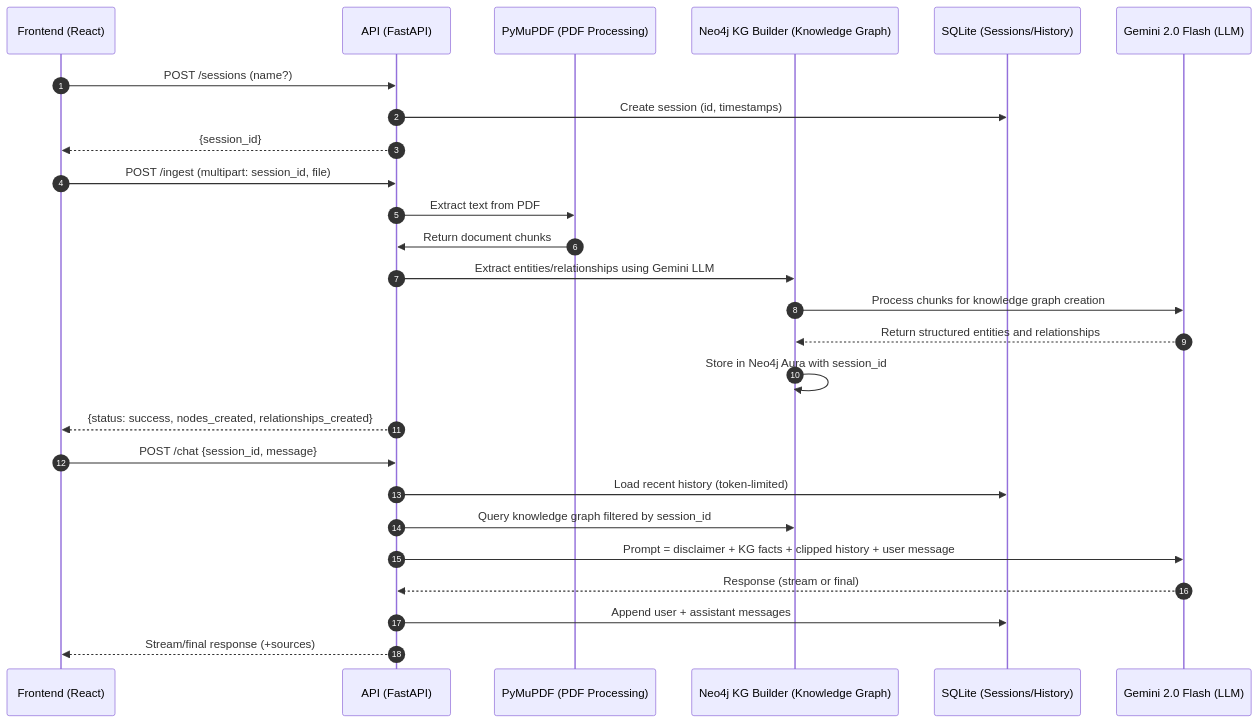
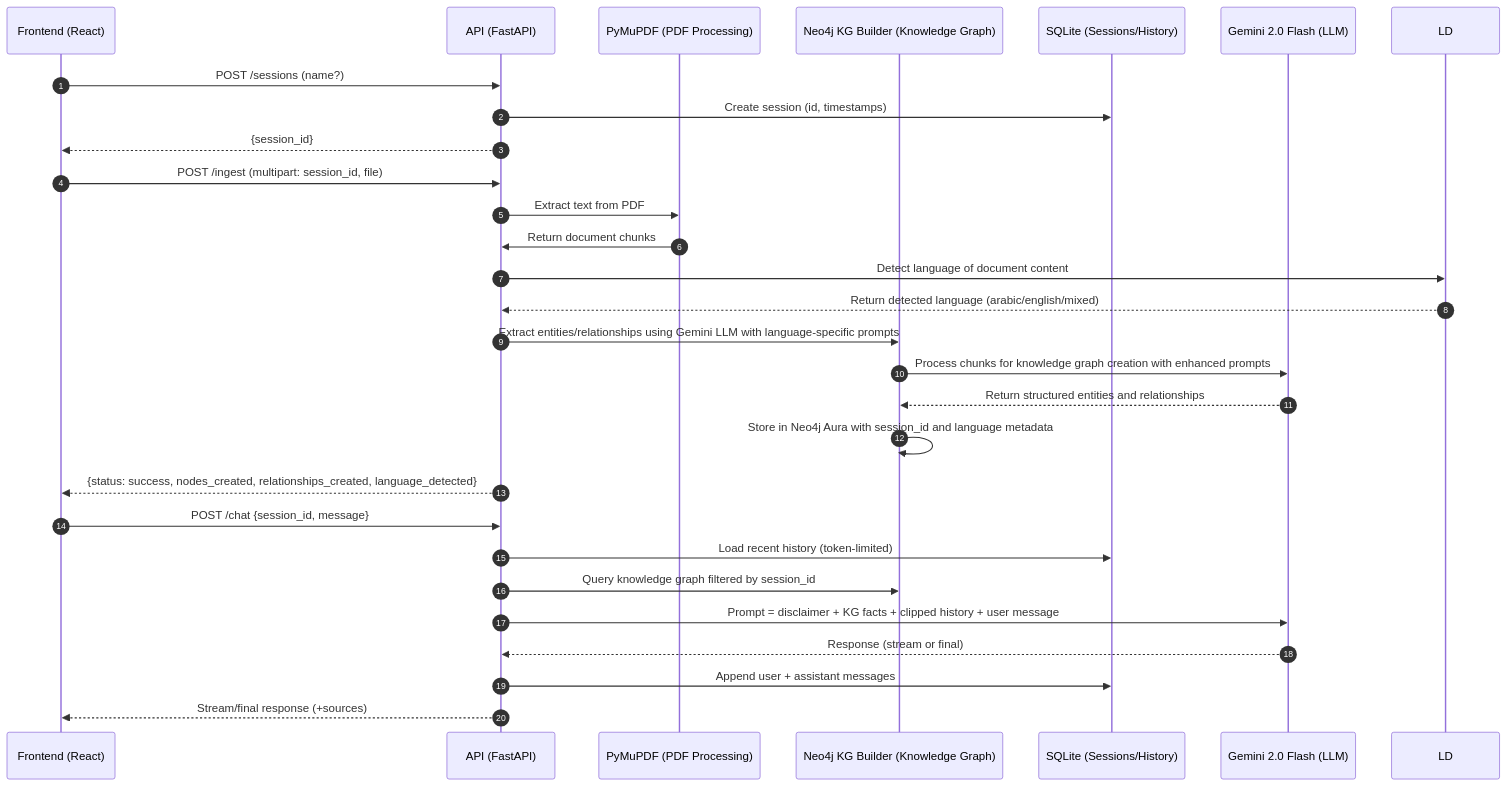
The first of 5 diagrams in Documentation/LEGAL_CHATBOT_MVP_PLAN.md (mohamed-rabee3/Avokat-AI), drawn with Mermaid before and after one commit. The commit also changed other lines of this file and 32 other files, not shown here.

````diff
--- a/Documentation/LEGAL_CHATBOT_MVP_PLAN.md
+++ b/Documentation/LEGAL_CHATBOT_MVP_PLAN.md
@@ -23,31 +25,33 @@
 ```mermaid
 sequenceDiagram
     autonumber
     participant F as Frontend (React)
     participant A as API (FastAPI)
     participant PDF as PyMuPDF (PDF Processing)
     participant KG as Neo4j KG Builder (Knowledge Graph)
     participant DB as SQLite (Sessions/History)
     participant LLM as Gemini 2.0 Flash (LLM)
 
     F->>A: POST /sessions (name?)
     A->>DB: Create session (id, timestamps)
     A-->>F: {session_id}
 
     F->>A: POST /ingest (multipart: session_id, file)
     A->>PDF: Extract text from PDF
     PDF->>A: Return document chunks
-    A->>KG: Extract entities/relationships using Gemini LLM
-    KG->>LLM: Process chunks for knowledge graph creation
+    A->>LD: Detect language of document content
+    LD-->>A: Return detected language (arabic/english/mixed)
+    A->>KG: Extract entities/relationships using Gemini LLM with language-specific prompts
+    KG->>LLM: Process chunks for knowledge graph creation with enhanced prompts
     LLM-->>KG: Return structured entities and relationships
-    KG->>KG: Store in Neo4j Aura with session_id
-    A-->>F: {status: success, nodes_created, relationships_created}
+    KG->>KG: Store in Neo4j Aura with session_id and language metadata
+    A-->>F: {status: success, nodes_created, relationships_created, language_detected}
 
     F->>A: POST /chat {session_id, message}
     A->>DB: Load recent history (token-limited)
     A->>KG: Query knowledge graph filtered by session_id
     A->>LLM: Prompt = disclaimer + KG facts + clipped history + user message
     LLM-->>A: Response (stream or final)
     A->>DB: Append user + assistant messages
     A-->>F: Stream/final response (+sources)
 ```
````
